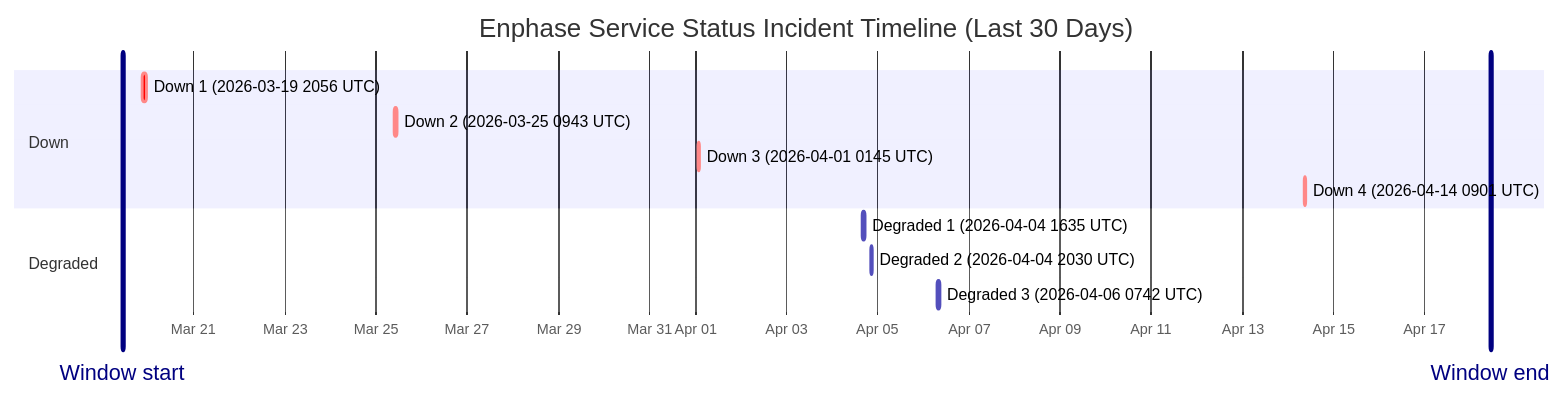
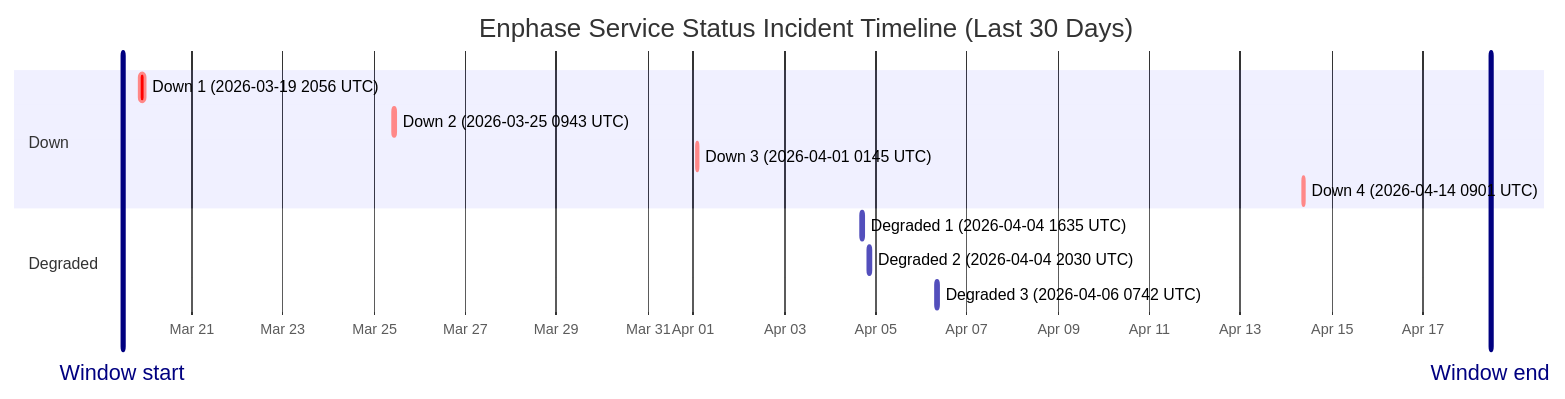
The diagram in wiki/Service-Status-History.md (barneyonline/ha-enphase-ev-charger), drawn with Mermaid before and after one commit. The commit also changed other lines of this file and 3 other files, not shown here.

````diff
--- a/wiki/Service-Status-History.md
+++ b/wiki/Service-Status-History.md
@@ -14,17 +14,17 @@
 ```mermaid
 gantt
     title Enphase Service Status Incident Timeline (Last 30 Days)
     dateFormat  YYYY-MM-DDTHH:mm:ss
     axisFormat  %b %d
-    Window start :vert, window-start, 2026-03-19T10:39:28, 0ms
-    Window end :vert, window-end, 2026-04-18T10:39:28, 0ms
+    Window start :vert, window-start, 2026-03-19T11:33:38, 0ms
+    Window end :vert, window-end, 2026-04-18T11:33:38, 0ms
     section Down
     Down 1 (2026-03-19 2056 UTC) :crit, down-1, 2026-03-19T20:56:20, 145m
     Down 2 (2026-03-25 0943 UTC) :crit, down-2, 2026-03-25T09:43:28, 111m
     Down 3 (2026-04-01 0145 UTC) :crit, down-3, 2026-04-01T01:45:09, 60m
     Down 4 (2026-04-14 0901 UTC) :crit, down-4, 2026-04-14T09:01:13, 60m
     section Degraded
     Degraded 1 (2026-04-04 1635 UTC) :active, degraded-1, 2026-04-04T16:35:17, 60m
     Degraded 2 (2026-04-04 2030 UTC) :active, degraded-2, 2026-04-04T20:30:40, 60m
     Degraded 3 (2026-04-06 0742 UTC) :active, degraded-3, 2026-04-06T07:42:09, 85m
 ```
````
